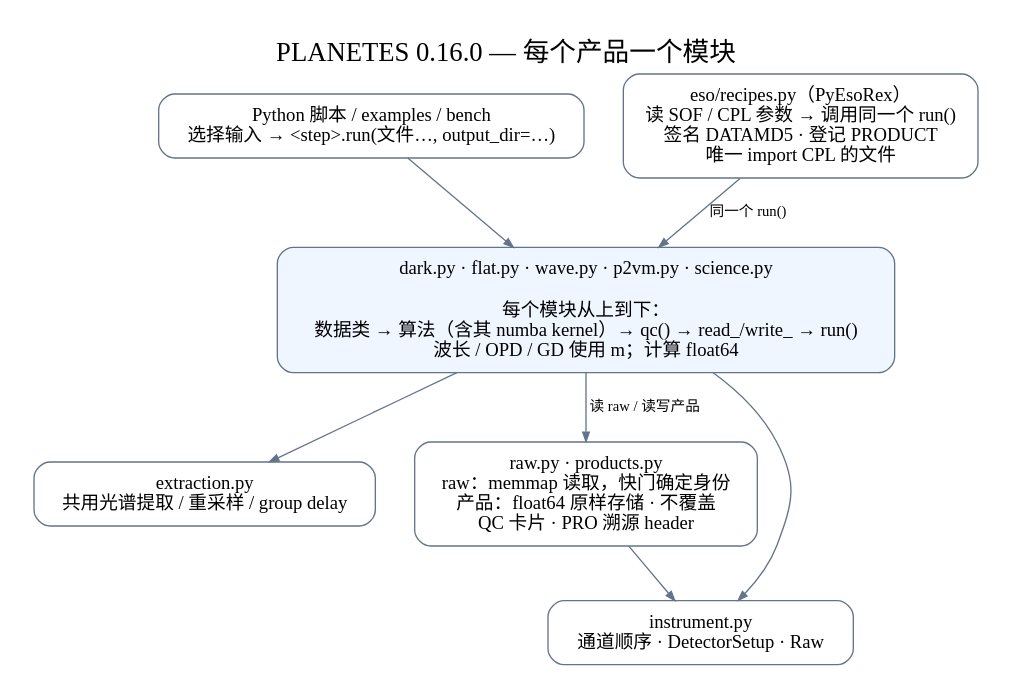
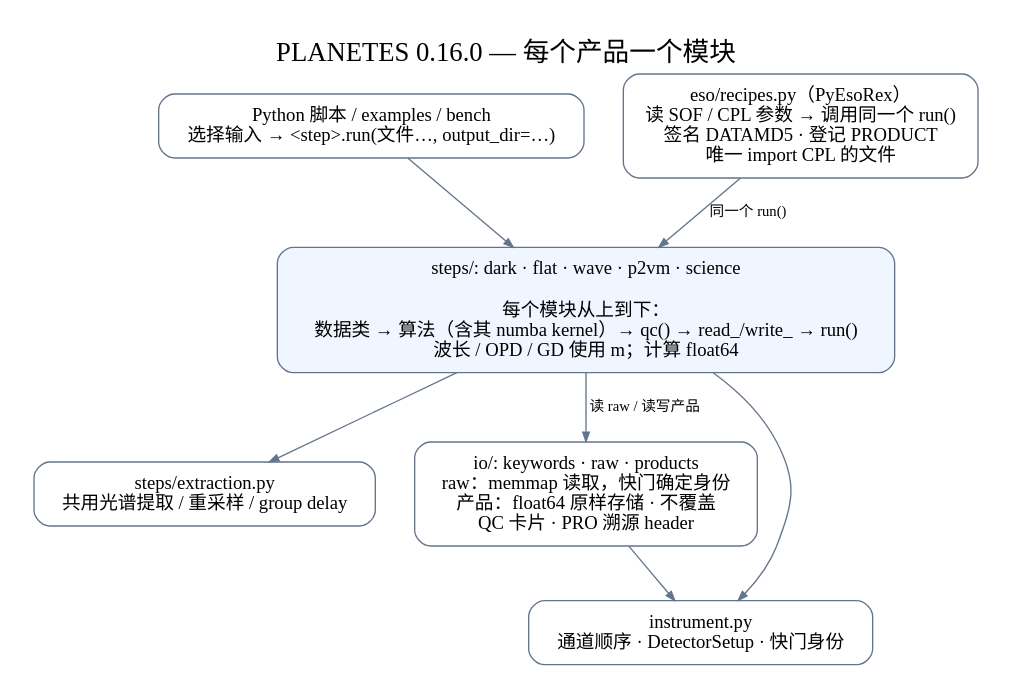
The diagram in docs/architecture.dot (zexwu/planetes_pipe), drawn with Graphviz before and after one commit. The commit also changed 34 other files, not shown here.

First line of the commit message:
Group the package into steps/ and io/

```diff
--- a/docs/architecture.dot
+++ b/docs/architecture.dot
@@ -1,18 +1,19 @@
 digraph Architecture {
   graph [rankdir=TB, bgcolor="white", pad=0.25, nodesep=0.4, ranksep=0.55, fontname="PingFang SC", fontsize=20, label="PLANETES 0.16.0 — 每个产品一个模块", labelloc=t];
   node [shape=box, style="rounded", fontname="PingFang SC", fontsize=14, color="#64748b", margin="0.16,0.12"];
   edge [fontname="PingFang SC", fontsize=11, color="#64748b", arrowsize=0.7];
   python [label="Python 脚本 / examples / bench\n选择输入 → <step>.run(文件…, output_dir=…)"];
   recipes [label="eso/recipes.py（PyEsoRex）\n读 SOF / CPL 参数 → 调用同一个 run()\n签名 DATAMD5 · 登记 PRODUCT\n唯一 import CPL 的文件"];
-  steps [label="dark.py · flat.py · wave.py · p2vm.py · science.py\n\n每个模块从上到下：\n数据类 → 算法（含其 numba kernel）→ qc() → read_/write_ → run()\n波长 / OPD / GD 使用 m；计算 float64", style="rounded,filled", fillcolor="#eff6ff"];
-  shared [label="extraction.py\n共用光谱提取 / 重采样 / group delay"];
-  files [label="raw.py · products.py\nraw：memmap 读取，快门确定身份\n产品：float64 原样存储 · 不覆盖\nQC 卡片 · PRO 溯源 header"];
-  base [label="instrument.py\n通道顺序 · DetectorSetup · Raw"];
+  steps [label="steps/: dark · flat · wave · p2vm · science\n\n每个模块从上到下：\n数据类 → 算法（含其 numba kernel）→ qc() → read_/write_ → run()\n波长 / OPD / GD 使用 m；计算 float64", style="rounded,filled", fillcolor="#eff6ff"];
+  shared [label="steps/extraction.py\n共用光谱提取 / 重采样 / group delay"];
+  files [label="io/: keywords · raw · products\nraw：memmap 读取，快门确定身份\n产品：float64 原样存储 · 不覆盖\nQC 卡片 · PRO 溯源 header"];
+  base [label="instrument.py
+通道顺序 · DetectorSetup · 快门身份"];
   {rank=same; python; recipes;}
   python -> steps;
   recipes -> steps [label="同一个 run()"];
   steps -> shared;
   steps -> files [label="读 raw / 读写产品"];
   files -> base;
   steps -> base;
 }
```
